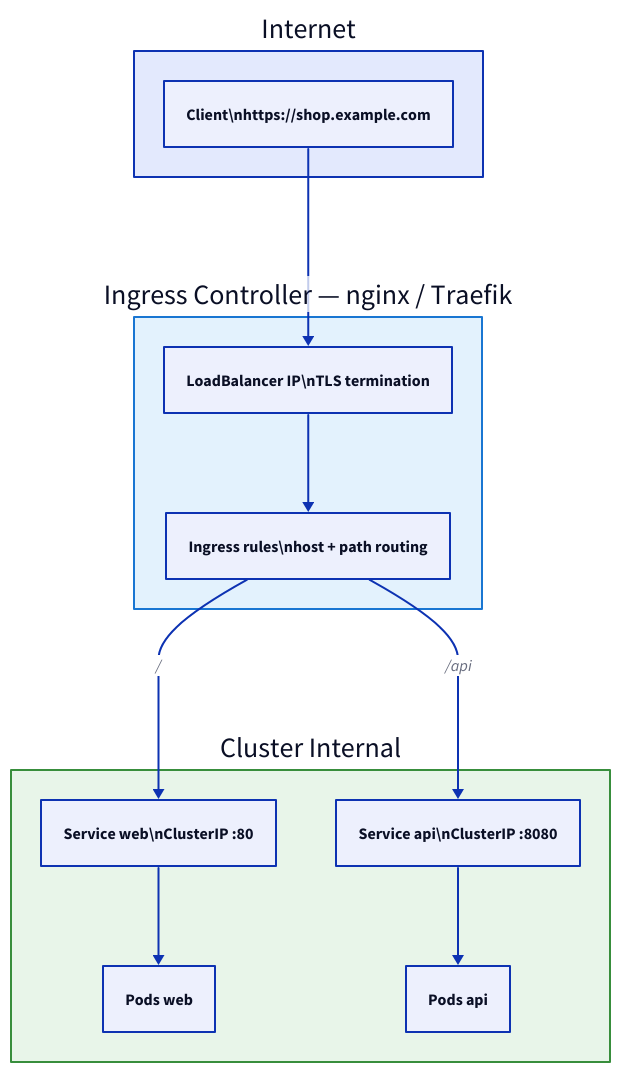
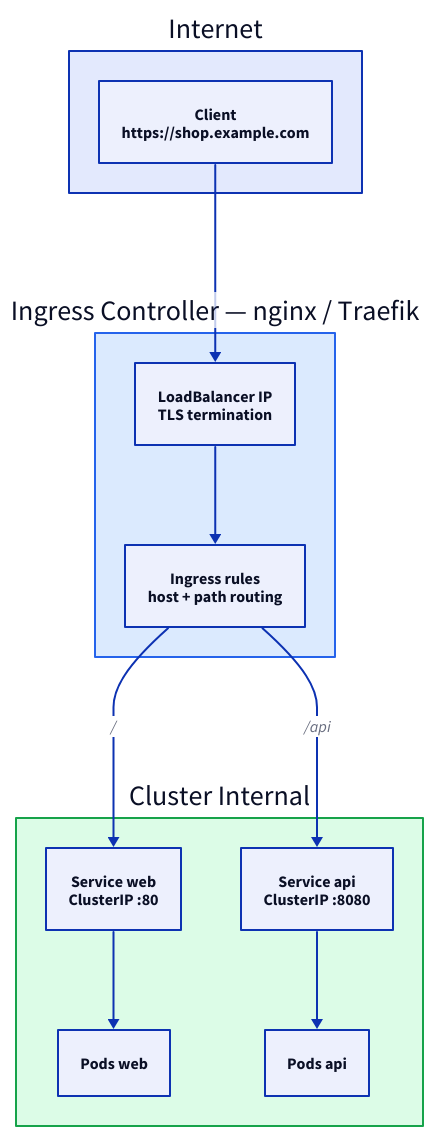
Before and after one commit to rebash-rebash/rebash-academy: the diagram in docs/kubernetes/ingress-and-external-access.md, drawn with D2. The commit also changed 177 other files, not shown here.

First line of the commit message:
Ship Terraform track, diagram polish, and new brand favicon.

````diff
--- a/docs/kubernetes/ingress-and-external-access.md
+++ b/docs/kubernetes/ingress-and-external-access.md
@@ -57,31 +57,31 @@
 ```d2
 direction: down
 
 Internet: Internet {
-        USER: "Client\\nhttps://shop.example.com"
+        USER: "Client\nhttps://shop.example.com"
     }
     Edge: "Ingress Controller — nginx / Traefik" {
       style: {
-        fill: "#e3f2fd"
-        stroke: "#1976d2"
+        fill: "#dbeafe"
+        stroke: "#2563eb"
       }
-        IC: "LoadBalancer IP\\nTLS termination"
-        RULES: "Ingress rules\\nhost + path routing"
+        IC: "LoadBalancer IP\nTLS termination"
+        RULES: "Ingress rules\nhost + path routing"
     }
     Cluster: "Cluster Internal" {
       style: {
-        fill: "#e8f5e9"
-        stroke: "#388e3c"
+        fill: "#dcfce7"
+        stroke: "#16a34a"
       }
-        SVC1: "Service web\\nClusterIP :80"
-        SVC2: "Service api\\nClusterIP :8080"
+        SVC1: "Service web\nClusterIP :80"
+        SVC2: "Service api\nClusterIP :8080"
         P1: "Pods web"
         P2: "Pods api"
     }
     Internet.USER -> Edge.IC
     Edge.IC -> Edge.RULES
     Edge.RULES -> Cluster.SVC1: "/"
     Edge.RULES -> Cluster.SVC2: "/api"
     Cluster.SVC1 -> Cluster.P1
     Cluster.SVC2 -> Cluster.P2
 ```
````
